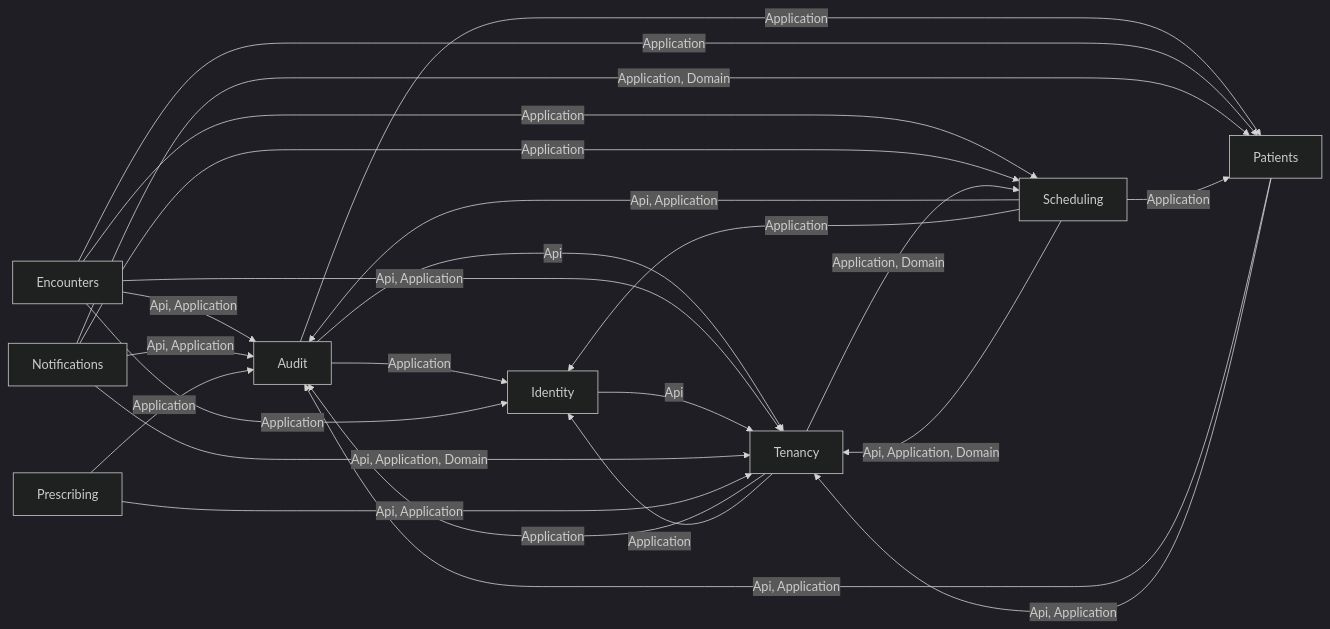
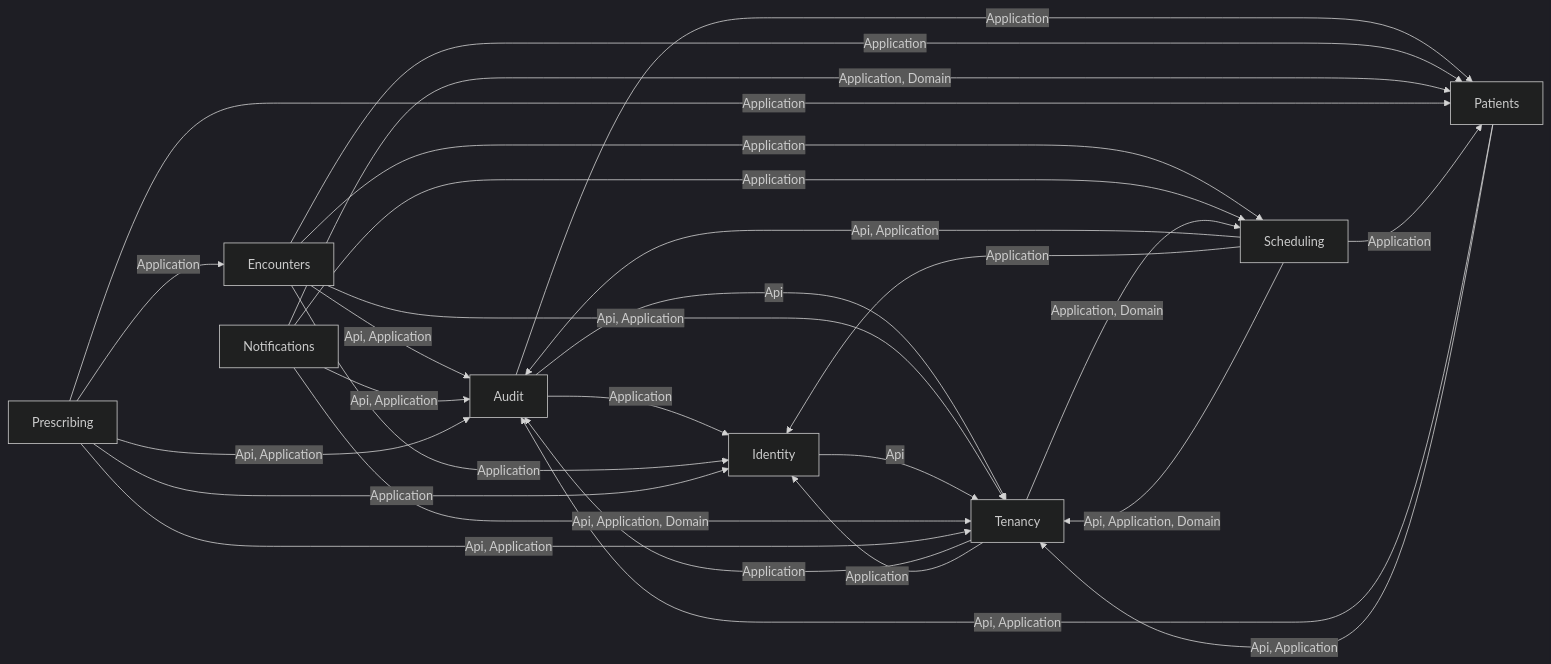
One commit to ALFRED-LUCIFER/medvya changed the second of 14 diagrams in docs/03-architecture/erd.md. Above: the diagram before and after it, drawn with Mermaid (dark theme). The commit also changed other lines of this file and 42 other files, not shown here.

First line of the commit message:
MDV-P2-018: investigation orders composer, Draft to Ordered, slip and timeline (E-05)

````diff
--- a/docs/03-architecture/erd.md
+++ b/docs/03-architecture/erd.md
@@ -56,27 +56,30 @@
 ```mermaid
 flowchart LR
   Audit -->|"Application"| Identity
   Audit -->|"Application"| Patients
   Audit -->|"Api"| Tenancy
   Encounters -->|"Api, Application"| Audit
   Encounters -->|"Application"| Identity
   Encounters -->|"Application"| Patients
   Encounters -->|"Application"| Scheduling
   Encounters -->|"Api, Application"| Tenancy
   Identity -->|"Api"| Tenancy
   Notifications -->|"Api, Application"| Audit
   Notifications -->|"Application, Domain"| Patients
   Notifications -->|"Application"| Scheduling
   Notifications -->|"Api, Application, Domain"| Tenancy
   Patients -->|"Api, Application"| Audit
   Patients -->|"Api, Application"| Tenancy
-  Prescribing -->|"Application"| Audit
+  Prescribing -->|"Api, Application"| Audit
+  Prescribing -->|"Application"| Encounters
+  Prescribing -->|"Application"| Identity
+  Prescribing -->|"Application"| Patients
   Prescribing -->|"Api, Application"| Tenancy
   Scheduling -->|"Api, Application"| Audit
   Scheduling -->|"Application"| Identity
   Scheduling -->|"Application"| Patients
   Scheduling -->|"Api, Application, Domain"| Tenancy
   Tenancy -->|"Application"| Audit
   Tenancy -->|"Application"| Identity
   Tenancy -->|"Application, Domain"| Scheduling
 ```
````
